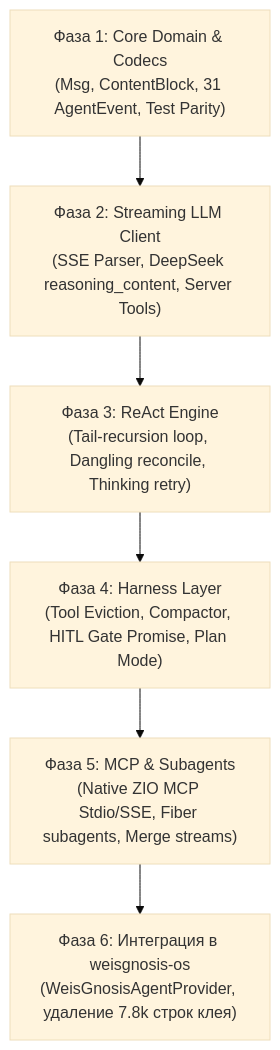
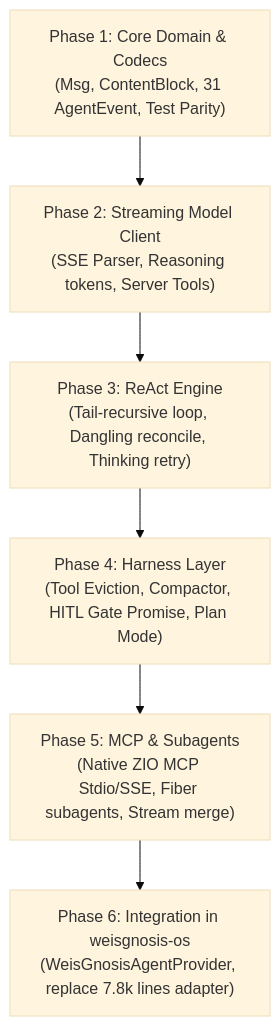
Before and after one commit to weisgnosis/weisgnosis-agents: the diagram in docs/deep-research-and-porting-guide.md, drawn with Mermaid (base theme). The commit also changed other lines of this file and 67 other files, not shown here.

````diff
--- a/docs/deep-research-and-porting-guide.md
+++ b/docs/deep-research-and-porting-guide.md
@@ -206,11 +208,11 @@
 ```mermaid
 graph TD
-    P1["Фаза 1: Core Domain & Codecs<br/>(Msg, ContentBlock, 31 AgentEvent, Test Parity)"]
-    P2["Фаза 2: Streaming LLM Client<br/>(SSE Parser, DeepSeek reasoning_content, Server Tools)"]
-    P3["Фаза 3: ReAct Engine<br/>(Tail-recursion loop, Dangling reconcile, Thinking retry)"]
-    P4["Фаза 4: Harness Layer<br/>(Tool Eviction, Compactor, HITL Gate Promise, Plan Mode)"]
-    P5["Фаза 5: MCP & Subagents<br/>(Native ZIO MCP Stdio/SSE, Fiber subagents, Merge streams)"]
-    P6["Фаза 6: Интеграция в weisgnosis-os<br/>(WeisGnosisAgentProvider, удаление 7.8k строк клея)"]
+    P1["Phase 1: Core Domain & Codecs<br/>(Msg, ContentBlock, 31 AgentEvent, Test Parity)"]
+    P2["Phase 2: Streaming Model Client<br/>(SSE Parser, Reasoning tokens, Server Tools)"]
+    P3["Phase 3: ReAct Engine<br/>(Tail-recursive loop, Dangling reconcile, Thinking retry)"]
+    P4["Phase 4: Harness Layer<br/>(Tool Eviction, Compactor, HITL Gate Promise, Plan Mode)"]
+    P5["Phase 5: MCP & Subagents<br/>(Native ZIO MCP Stdio/SSE, Fiber subagents, Stream merge)"]
+    P6["Phase 6: Integration in weisgnosis-os<br/>(WeisGnosisAgentProvider, replace 7.8k lines adapter)"]
 
     P1 --> P2 --> P3 --> P4 --> P5 --> P6
 ```
````
